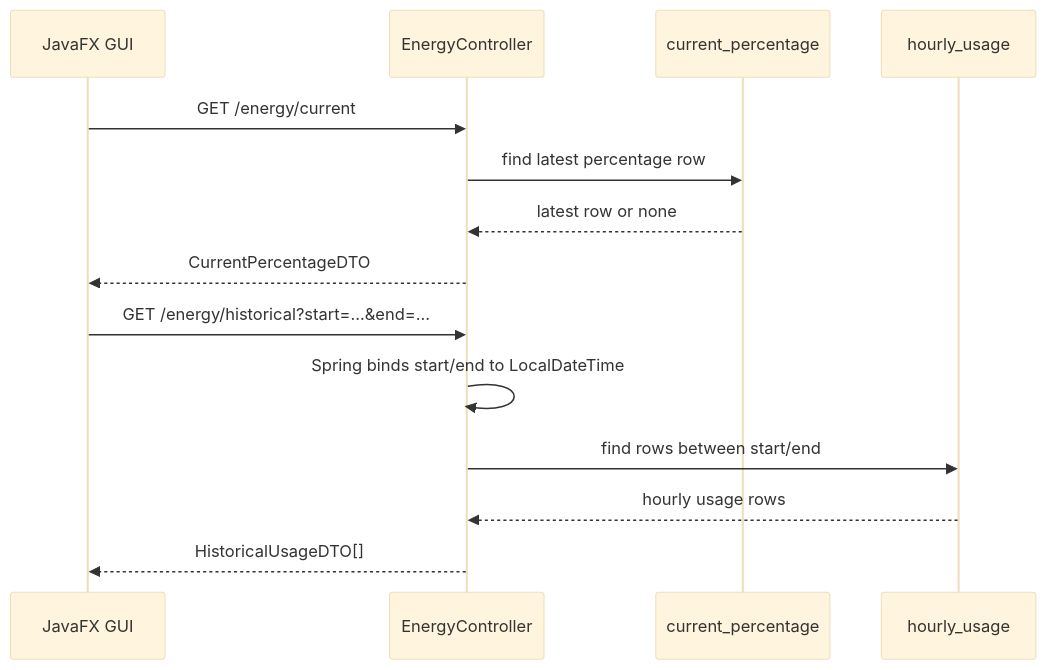
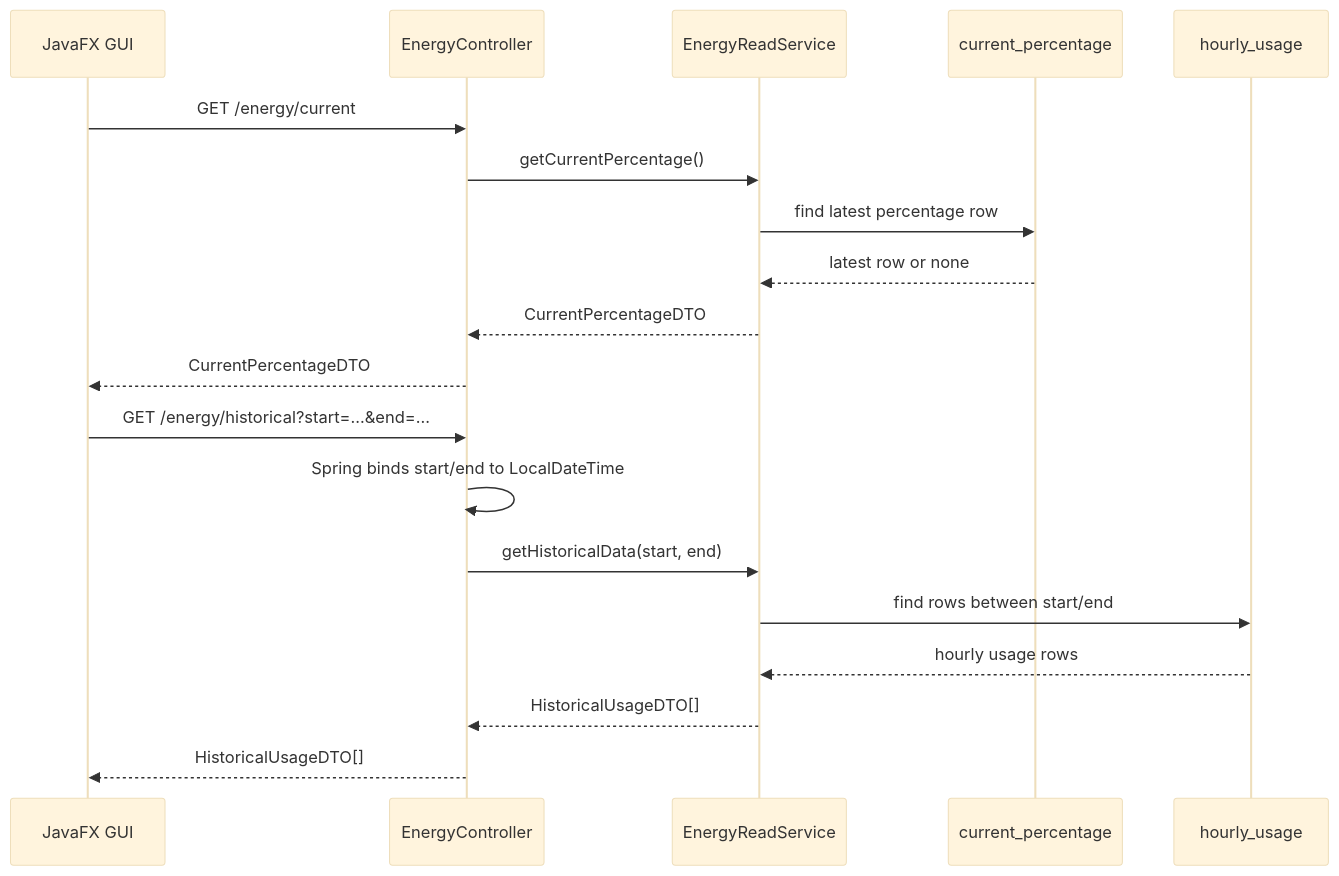
Before and after one commit to Dev02Liu/energy_community_project: the second of 2 diagrams in docs/modules-documentation/rest-api.md, drawn with Mermaid (base theme). The commit also changed other lines of this file and 12 other files, not shown here.

````diff
--- a/docs/modules-documentation/rest-api.md
+++ b/docs/modules-documentation/rest-api.md
@@ -81,18 +84,23 @@
 ```mermaid
 sequenceDiagram
     participant GUI as JavaFX GUI
     participant API as EnergyController
+    participant SVC as EnergyReadService
     participant CP as current_percentage
     participant HU as hourly_usage
 
     GUI->>API: GET /energy/current
-    API->>CP: find latest percentage row
-    CP-->>API: latest row or none
+    API->>SVC: getCurrentPercentage()
+    SVC->>CP: find latest percentage row
+    CP-->>SVC: latest row or none
+    SVC-->>API: CurrentPercentageDTO
     API-->>GUI: CurrentPercentageDTO
 
     GUI->>API: GET /energy/historical?start=...&end=...
     API->>API: Spring binds start/end to LocalDateTime
-    API->>HU: find rows between start/end
-    HU-->>API: hourly usage rows
+    API->>SVC: getHistoricalData(start, end)
+    SVC->>HU: find rows between start/end
+    HU-->>SVC: hourly usage rows
+    SVC-->>API: HistoricalUsageDTO[]
     API-->>GUI: HistoricalUsageDTO[]
 ```
````
